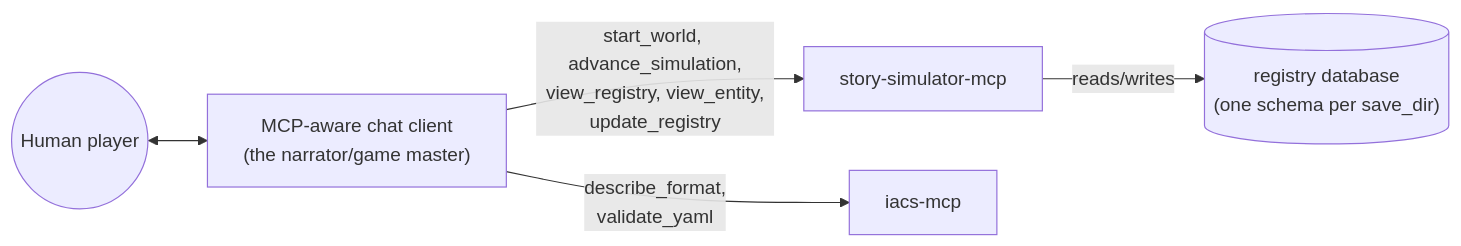
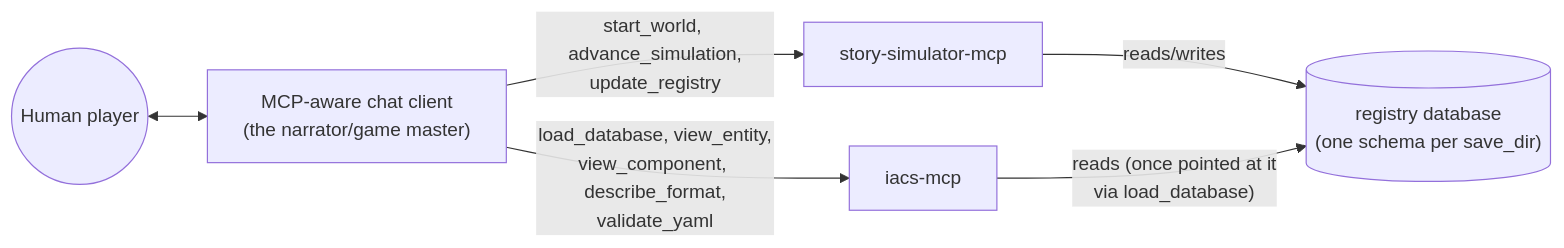
Before and after one commit to zhafen/story-simulator: the first of 2 diagrams in docs/architecture.md, drawn with Mermaid. The commit also changed other lines of this file and 8 other files, not shown here.

First line of the commit message:
Remove view_registry/view_entity -- duplicated iacs's own tools

````diff
--- a/docs/architecture.md
+++ b/docs/architecture.md
@@ -22,7 +22,8 @@
 ```mermaid
 flowchart LR
     Human(("Human player")) <--> Client["MCP-aware chat client<br/>(the narrator/game master)"]
-    Client -- "start_world, advance_simulation,<br/>view_registry, view_entity,<br/>update_registry" --> Server["story-simulator-mcp"]
-    Client -- "describe_format,<br/>validate_yaml" --> Iacs["iacs-mcp"]
+    Client -- "start_world, advance_simulation,<br/>update_registry" --> Server["story-simulator-mcp"]
+    Client -- "load_database, view_entity,<br/>view_component, describe_format,<br/>validate_yaml" --> Iacs["iacs-mcp"]
     Server -- "reads/writes" --> DB[("registry database<br/>(one schema per save_dir)")]
+    Iacs -- "reads (once pointed at it<br/>via load_database)" --> DB
 ```
````
